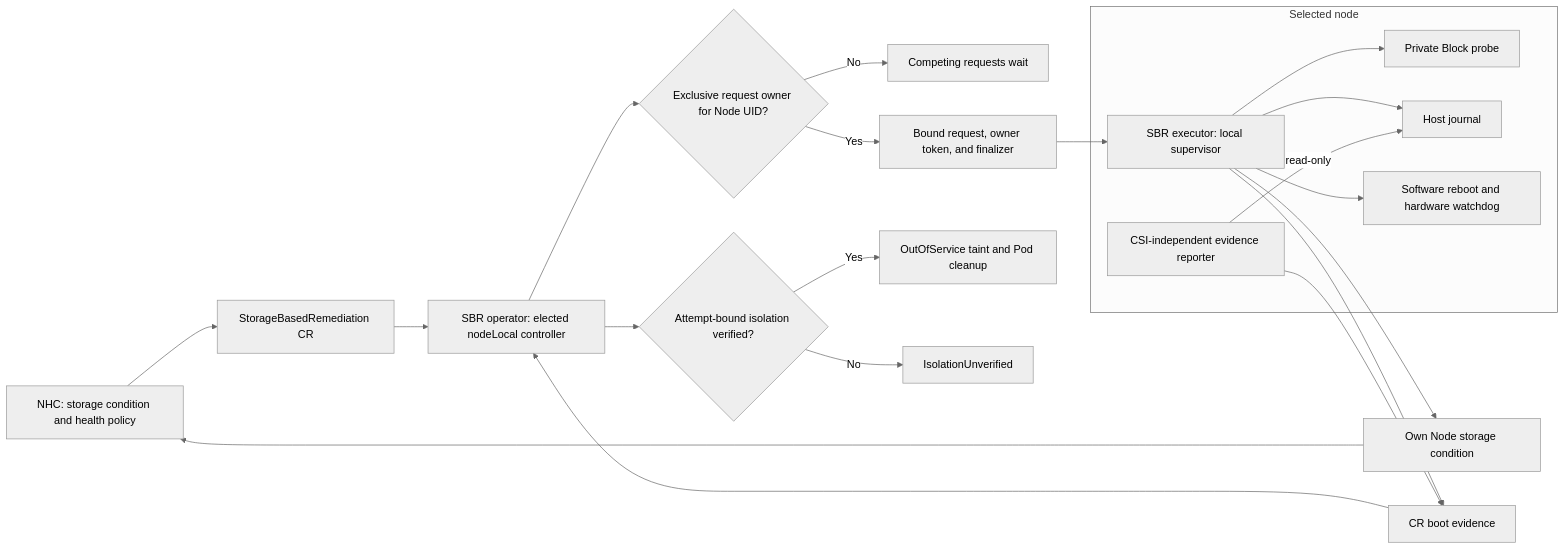
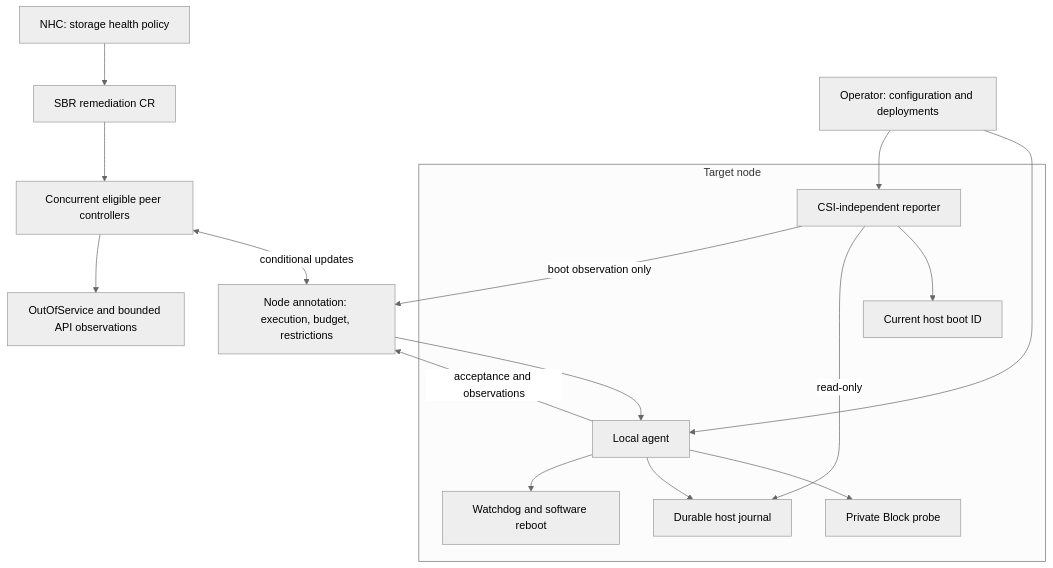
The first of 3 diagrams in docs/design/storage-arbitrated-remediation.md (medik8s/storage-based-remediation), drawn with Mermaid (neutral theme) before and after one commit. The commit also changed other lines of this file, not shown here.

Commit message:
keep existing reconciler and peer coordination; simplify status

````diff
--- a/docs/design/storage-arbitrated-remediation.md
+++ b/docs/design/storage-arbitrated-remediation.md
@@ -61,23 +110,19 @@
 ```mermaid
-flowchart LR
-  NHC["NHC: storage condition and health policy"] --> CR["StorageBasedRemediation CR"]
-  CR --> Controller["SBR operator: elected nodeLocal controller"]
-  Controller --> Ownership{"Exclusive request owner for Node UID?"}
-  Ownership -->|No| Waiting["Competing requests wait"]
-  Ownership -->|Yes| Authorization["Bound request, owner token, and finalizer"]
-  Authorization --> Agent
-  subgraph Node["Selected node"]
-    Agent["SBR executor: local supervisor"] --> Probe["Private Block probe"]
-    Agent --> Journal["Host journal"]
-    Agent --> Watchdog["Software reboot and hardware watchdog"]
-    Reporter["CSI-independent evidence reporter"] -->|read-only| Journal
+flowchart TB
+  NHC["NHC: storage health policy"] --> CR["SBR remediation CR"]
+  CR --> Peers["Concurrent eligible peer controllers"]
+  Peers <-->|conditional updates| Record["Node annotation: execution, budget, restrictions"]
+  subgraph Target["Target node"]
+    Local["Local agent"] --> Probe["Private Block probe"]
+    Local --> Journal["Durable host journal"]
+    Local --> Watchdog["Watchdog and software reboot"]
+    Reporter["CSI-independent reporter"] --> Boot["Current host boot ID"]
+    Reporter -->|read-only| Journal
   end
-  Agent --> Condition["Own Node storage condition"]
-  Condition --> NHC
-  Agent --> Evidence
-  Reporter --> Evidence["CR boot evidence"]
-  Evidence --> Controller
-  Controller --> Isolation{"Attempt-bound isolation verified?"}
-  Isolation -->|Yes| Cleanup["OutOfService taint and Pod cleanup"]
-  Isolation -->|No| Blocked["IsolationUnverified"]
+  Record --> Local
+  Local -->|acceptance and observations| Record
+  Reporter -->|boot observation only| Record
+  Peers --> OOS["OutOfService and bounded API observations"]
+  Operator["Operator: configuration and deployments"] --> Local
+  Operator --> Reporter
 ```
````
